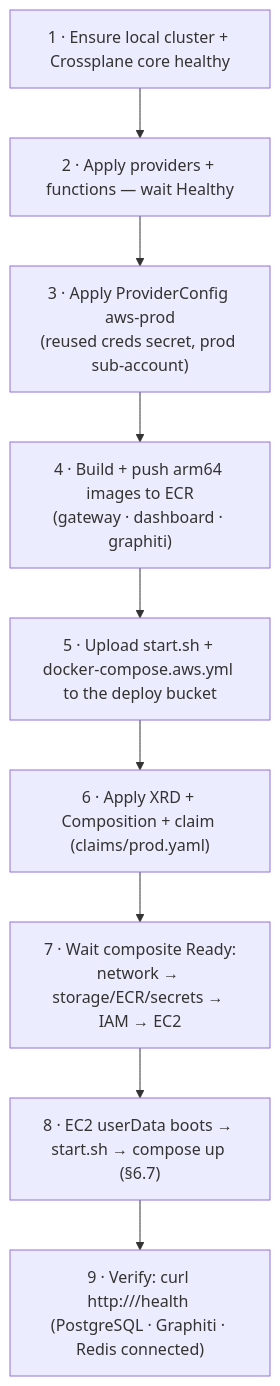
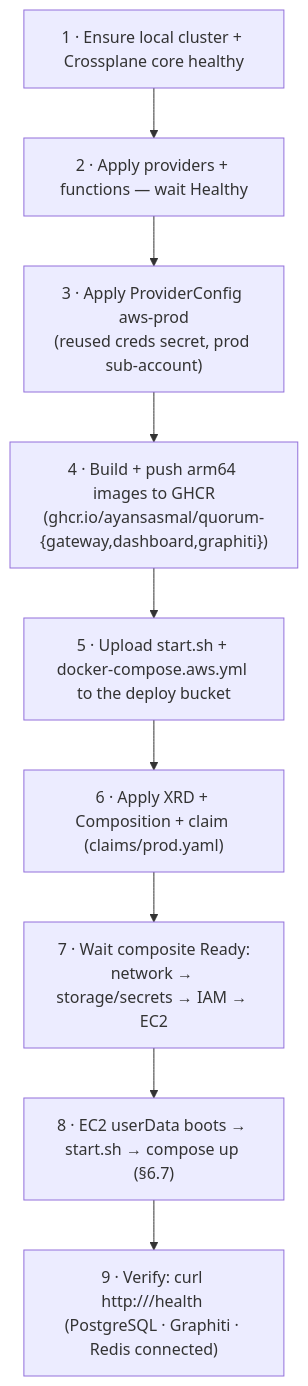
Before and after one commit to ayansasmal/quorum: the third of 3 diagrams in docs/superpowers/specs/2026-06-11-quorum-aws-crossplane-deployment-design.md, drawn with Mermaid. The commit also changed other lines of this file, not shown here.

First line of the commit message:
docs(crossplane): use ghcr for image delivery instead of ecr

````diff
--- a/docs/superpowers/specs/2026-06-11-quorum-aws-crossplane-deployment-design.md
+++ b/docs/superpowers/specs/2026-06-11-quorum-aws-crossplane-deployment-design.md
@@ -322,11 +334,11 @@
 ```mermaid
 flowchart TD
     A["1 · Ensure local cluster + Crossplane core healthy"] --> B["2 · Apply providers + functions — wait Healthy"]
     B --> C["3 · Apply ProviderConfig aws-prod<br/>(reused creds secret, prod sub-account)"]
-    C --> D["4 · Build + push arm64 images to ECR<br/>(gateway · dashboard · graphiti)"]
+    C --> D["4 · Build + push arm64 images to GHCR<br/>(ghcr.io/ayansasmal/quorum-{gateway,dashboard,graphiti})"]
     D --> E["5 · Upload start.sh + docker-compose.aws.yml to the deploy bucket"]
     E --> F["6 · Apply XRD + Composition + claim (claims/prod.yaml)"]
-    F --> G["7 · Wait composite Ready:<br/>network → storage/ECR/secrets → IAM → EC2"]
+    F --> G["7 · Wait composite Ready:<br/>network → storage/secrets → IAM → EC2"]
     G --> H["8 · EC2 userData boots → start.sh → compose up (§6.7)"]
     H --> I["9 · Verify: curl http://<EIP>/health (PostgreSQL · Graphiti · Redis connected)"]
 ```
````
